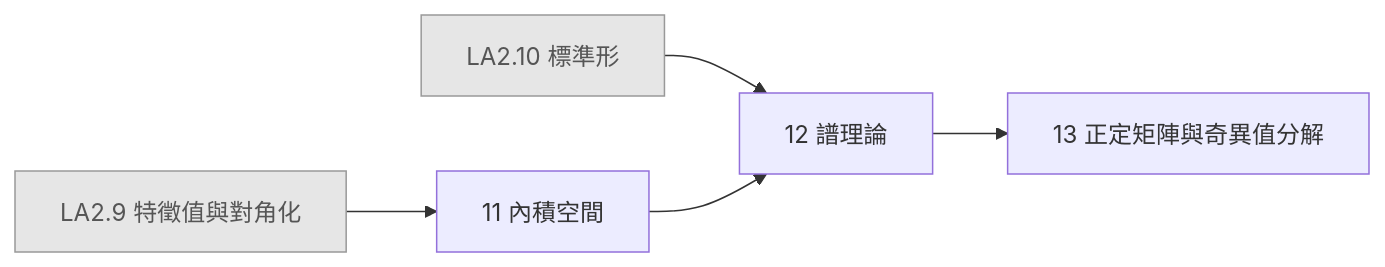
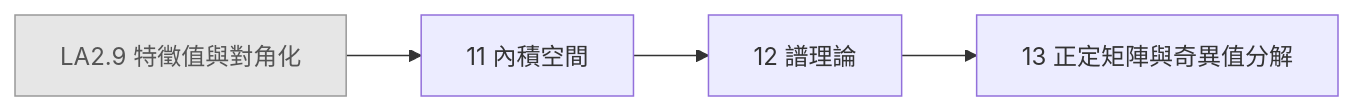
One commit to AkizumiFox/math-atlas changed the diagram in generated/chapters/LA3.mmd. Above: the diagram before and after it, drawn with Mermaid. The commit also changed 14 other files, not shown here.

```diff
--- a/generated/chapters/LA3.mmd
+++ b/generated/chapters/LA3.mmd
@@ -1,13 +1,11 @@
 flowchart LR
   LA2_9["LA2.9 特徵值與對角化"]:::ext
-  LA2_10["LA2.10 標準形"]:::ext
   LA3_11["11 內積空間"]
   LA3_12["12 譜理論"]
   LA3_13["13 正定矩陣與奇異值分解"]
   LA2_9 --> LA3_11
-  LA2_10 --> LA3_12
   LA3_11 --> LA3_12
   LA3_12 --> LA3_13
   classDef ext fill:#e6e6e6,stroke:#999,color:#555
   classDef opt fill:#fff,stroke:#999,stroke-dasharray:4 3,color:#555
   classDef segb fill:#f6f6fb,stroke:#99a,color:#333
```
